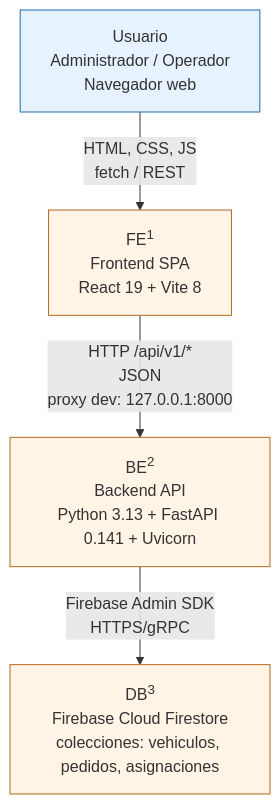
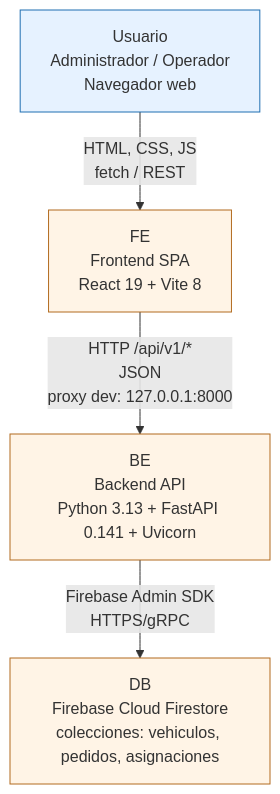
Before and after one commit to DayanaJC/EcoRuta-Wanka: the second of 4 diagrams in docs/01 Inicio/12. Modelo C4 V_1_0_0.md, drawn with Mermaid. The commit also changed other lines of this file, not shown here.

````diff
--- a/docs/01 Inicio/12. Modelo C4 V_1_0_0.md
+++ b/docs/01 Inicio/12. Modelo C4 V_1_0_0.md
@@ -44,11 +44,11 @@
 ```mermaid
 flowchart TB
-    U[Usuario<br/>Administrador / Operador<br/>Navegador web] -->|HTML, CSS, JS<br/>fetch / REST| FE[FE<sup>1</sup><br/>Frontend SPA<br/>React 19 + Vite 8]
-    FE -->|HTTP /api/v1/*<br/>JSON<br/>proxy dev: 127.0.0.1:8000| BE[BE<sup>2</sup><br/>Backend API<br/>Python 3.13 + FastAPI 0.141 + Uvicorn]
-    BE -->|Firebase Admin SDK<br/>HTTPS/gRPC| DB[DB<sup>3</sup><br/>Firebase Cloud Firestore<br/>colecciones: vehiculos, pedidos, asignaciones]
+    U[Usuario<br/>Administrador / Operador<br/>Navegador web] -->|HTML, CSS, JS<br/>fetch / REST| FE[FE<br/>Frontend SPA<br/>React 19 + Vite 8]
+    FE -->|HTTP /api/v1/*<br/>JSON<br/>proxy dev: 127.0.0.1:8000| BE[BE<br/>Backend API<br/>Python 3.13 + FastAPI 0.141 + Uvicorn]
+    BE -->|Firebase Admin SDK<br/>HTTPS/gRPC| DB[DB<br/>Firebase Cloud Firestore<br/>colecciones: vehiculos, pedidos, asignaciones]
 
     classDef def fill:#e6f2ff,stroke:#1f6fb2,stroke-width:1px
     class U def
     classDef ext fill:#fff4e6,stroke:#b26b1f,stroke-width:1px
     class FE,BE,DB ext
 ```
````
